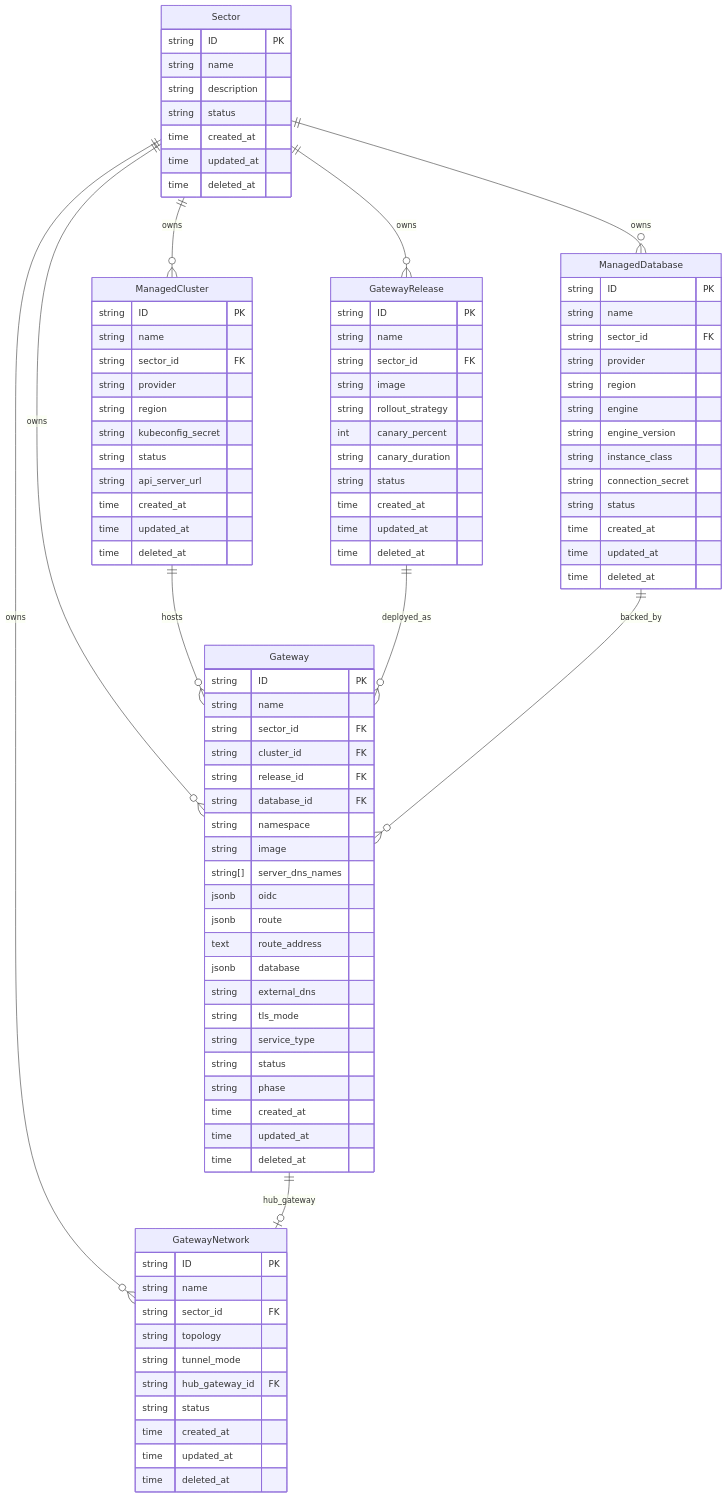
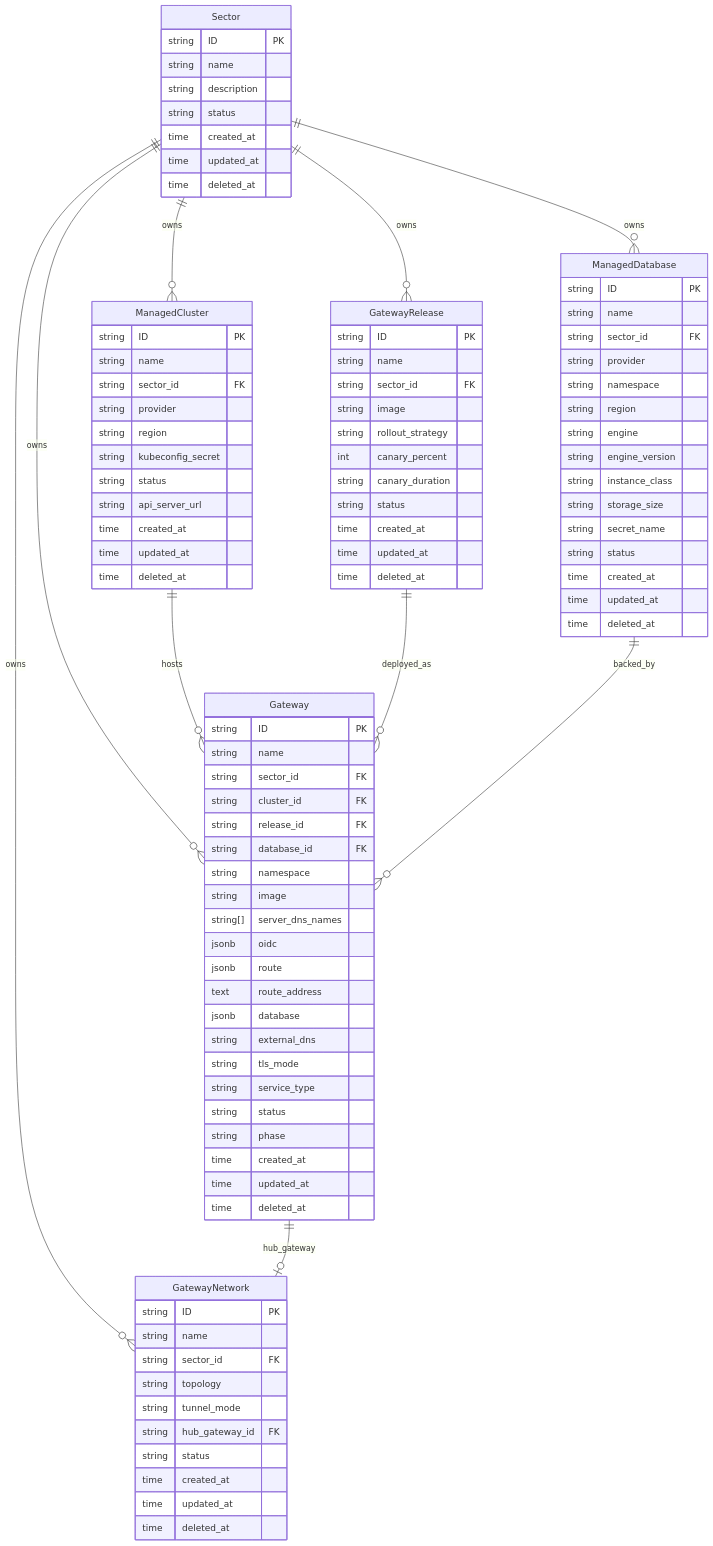
The diagram in specs/platform/data-model.spec.md (RunItBack1127/hypershell), drawn with Mermaid before and after one commit. The commit also changed other lines of this file and 1 other file, not shown here.

```diff
--- a/specs/platform/data-model.spec.md
+++ b/specs/platform/data-model.spec.md
@@ -48,11 +48,13 @@
         string name
         string sector_id FK
         string provider
+        string namespace
         string region
         string engine
         string engine_version
         string instance_class
-        string connection_secret
+        string storage_size
+        string secret_name
         string status
         time created_at
         time updated_at
```
